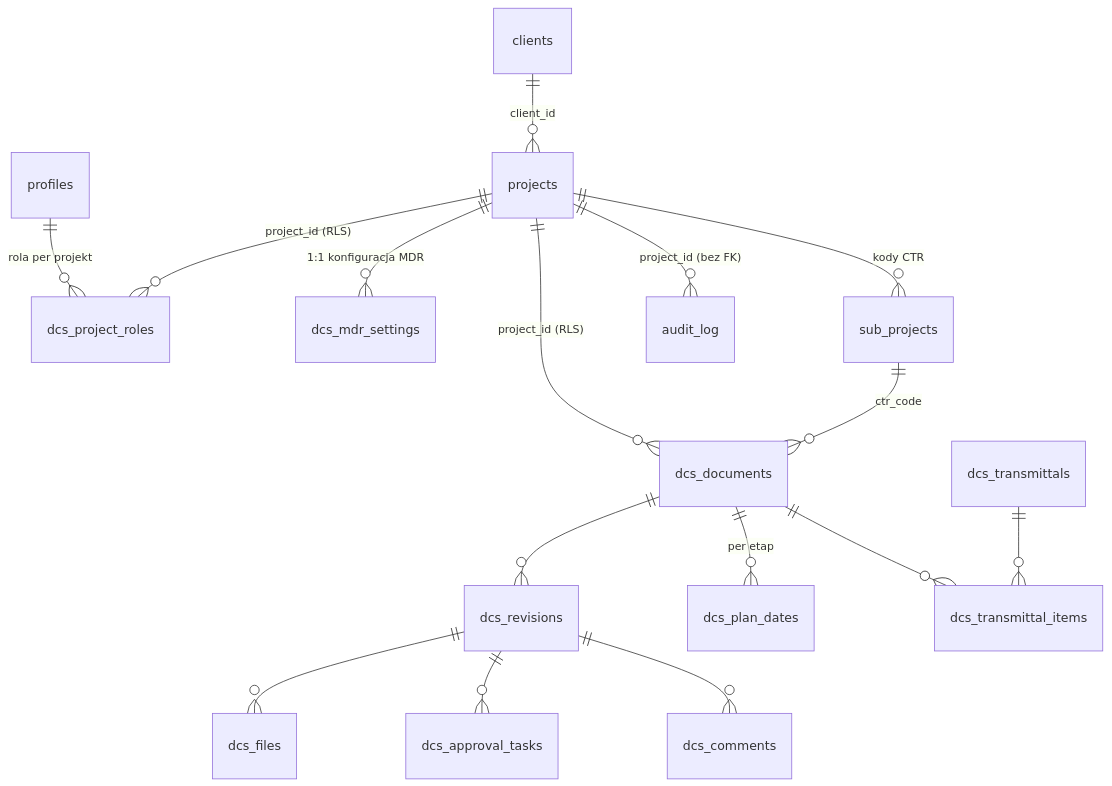
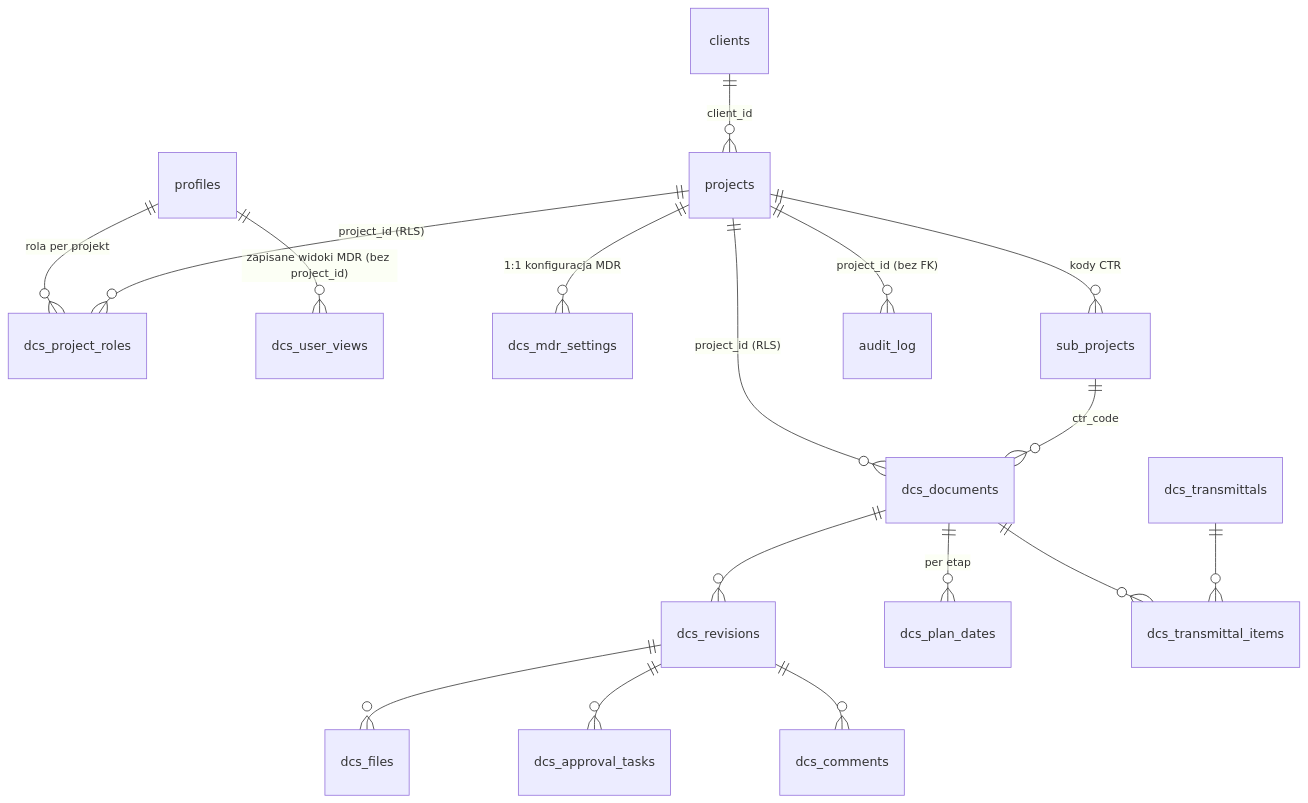
Before and after one commit to tj0517/Seaclouds_management_system: the diagram in docs/02-data-model.md, drawn with Mermaid. The commit also changed other lines of this file and 4 other files, not shown here.

First line of the commit message:
DCS 1b.06 (1/2): dcs.user_views — saved MDR views, database only

````diff
--- a/docs/02-data-model.md
+++ b/docs/02-data-model.md
@@ -14,18 +14,19 @@
 ```mermaid
 erDiagram
     profiles ||--o{ dcs_project_roles : "rola per projekt"
+    profiles ||--o{ dcs_user_views : "zapisane widoki MDR (bez project_id)"
     projects ||--o{ dcs_project_roles : "project_id (RLS)"
     projects ||--o{ dcs_mdr_settings : "1:1 konfiguracja MDR"
     projects ||--o{ dcs_documents : "project_id (RLS)"
     projects ||--o{ sub_projects : "kody CTR"
     clients  ||--o{ projects : "client_id"
     projects ||--o{ audit_log : "project_id (bez FK)"
     sub_projects ||--o{ dcs_documents : "ctr_code"
     dcs_documents ||--o{ dcs_revisions : ""
     dcs_documents ||--o{ dcs_plan_dates : "per etap"
     dcs_revisions ||--o{ dcs_files : ""
     dcs_revisions ||--o{ dcs_approval_tasks : ""
     dcs_revisions ||--o{ dcs_comments : ""
     dcs_documents ||--o{ dcs_transmittal_items : ""
     dcs_transmittals ||--o{ dcs_transmittal_items : ""
 ```
````
